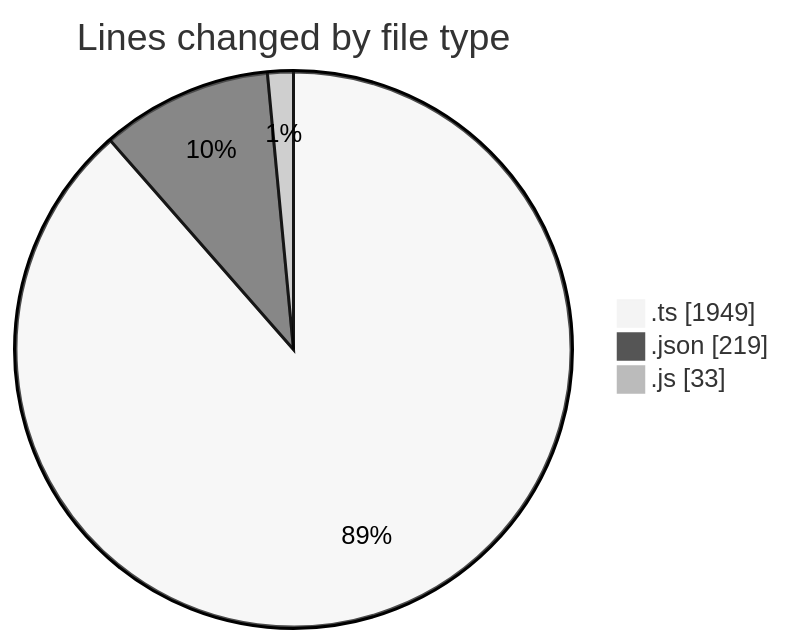
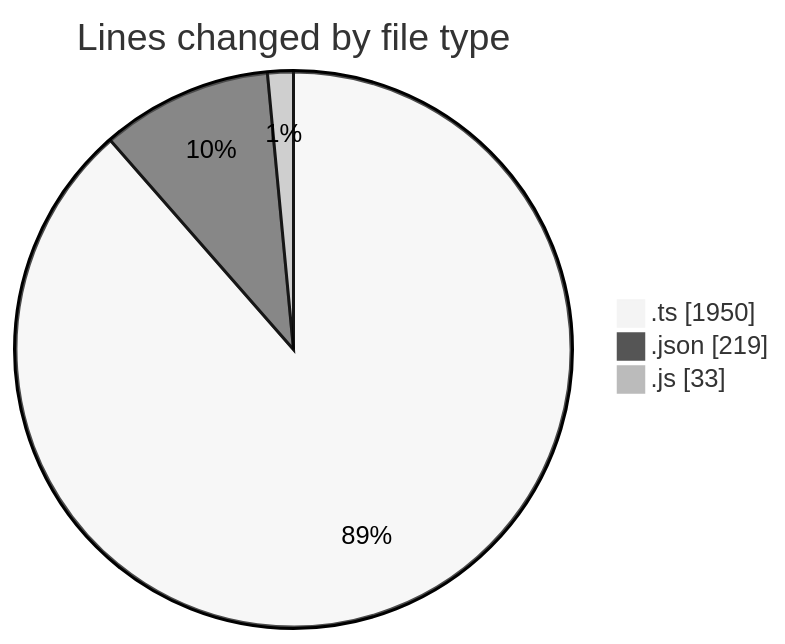
The first of 2 diagrams in 2026-05-28/cda/README.md (momahboobian/code-tracking), drawn with Mermaid (neutral theme) before and after one commit. The commit also changed other lines of this file and 1 other file, not shown here.

````diff
--- a/2026-05-28/cda/README.md
+++ b/2026-05-28/cda/README.md
@@ -27,7 +27,7 @@
 ```mermaid
 pie showData
 title Lines changed by file type
-".ts" : 1949
+".ts" : 1950
 ".json" : 219
 ".js" : 33
 ```
````
